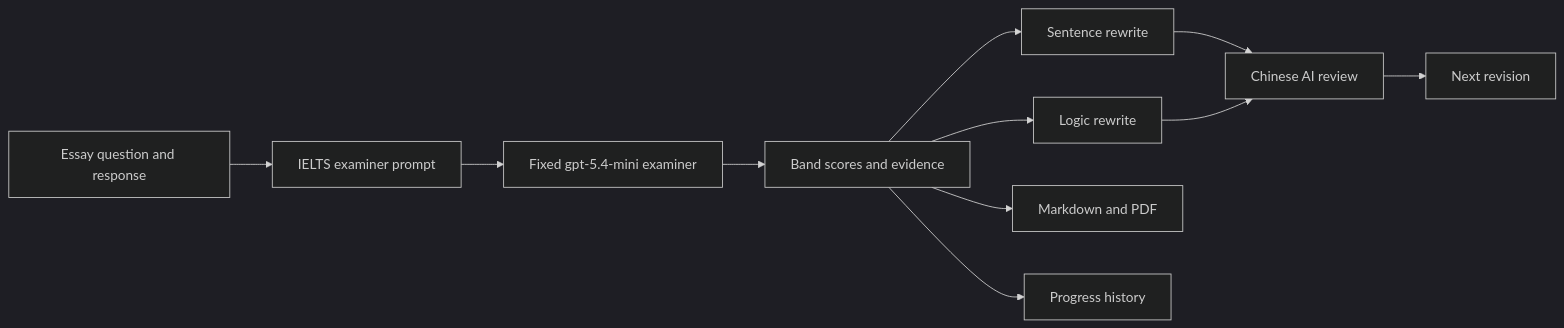
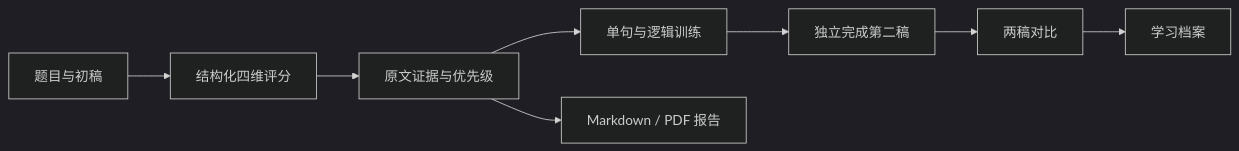
One commit to tornado266/EssayPilot changed the diagram in README.md. Above: the diagram before and after it, drawn with Mermaid (dark theme). The commit also changed other lines of this file and 9 other files, not shown here.

Commit message:
Rewrite README in Chinese

````diff
--- a/README.md
+++ b/README.md
@@ -85,13 +108,10 @@
 ```mermaid
 flowchart LR
-    A[Essay question and response] --> B[IELTS examiner prompt]
-    B --> C[Fixed gpt-5.4-mini examiner]
-    C --> D[Band scores and evidence]
-    D --> E[Sentence rewrite]
-    D --> F[Logic rewrite]
-    E --> G[Chinese AI review]
-    F --> G
-    G --> H[Next revision]
-    D --> I[Markdown and PDF]
-    D --> J[Progress history]
+    A[题目与初稿] --> B[结构化四维评分]
+    B --> C[原文证据与优先级]
+    C --> D[单句与逻辑训练]
+    D --> E[独立完成第二稿]
+    E --> F[两稿对比]
+    F --> G[学习档案]
+    C --> H[Markdown / PDF 报告]
 ```
````
